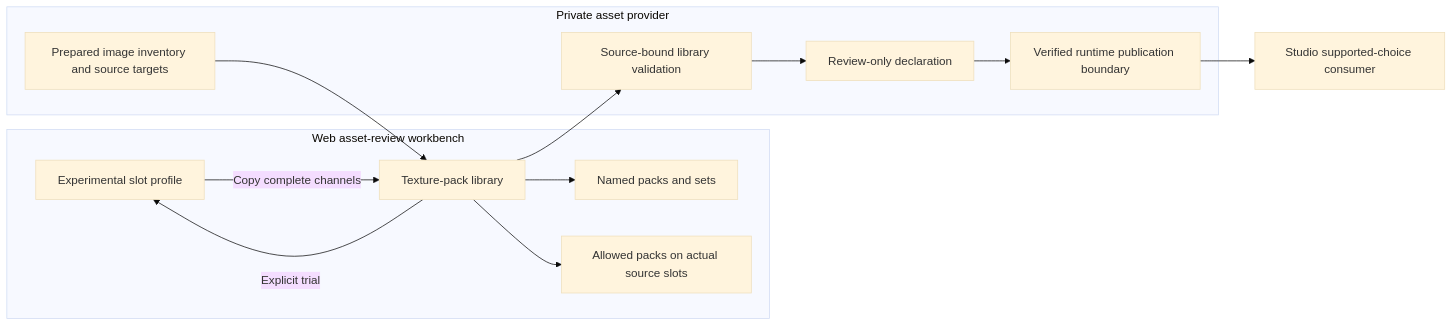
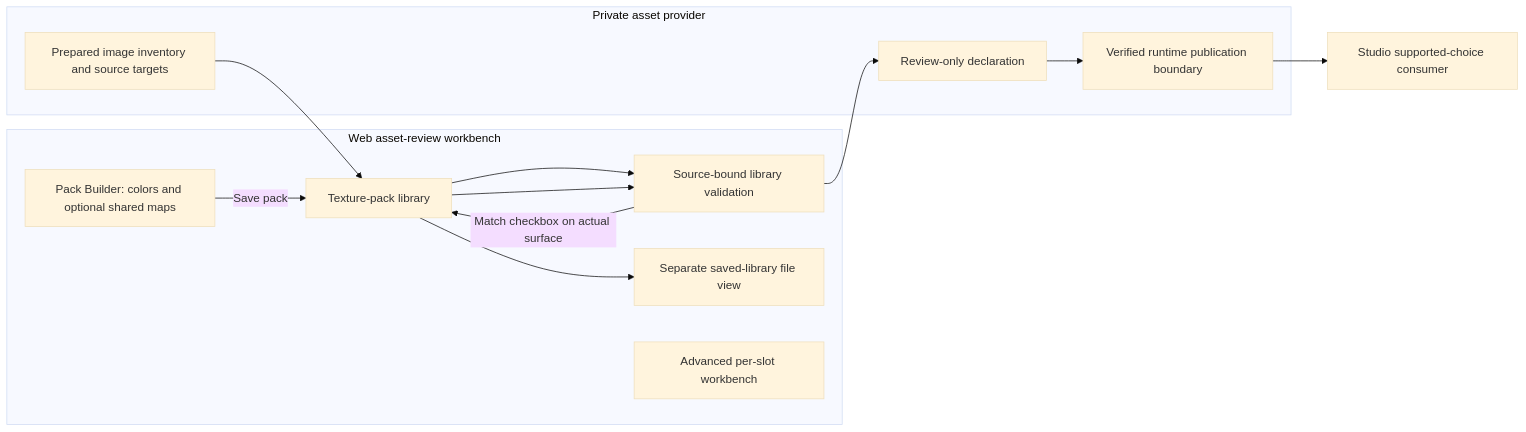
The diagram in ideas/assets/pack-material-profiles/library-design.md (KirkDiggler/rpg-project), drawn with Mermaid (base theme) before and after one commit. The commit also changed other lines of this file and 1 other file, not shown here.

Commit message:
docs(assets): separate pack building and asset matching views
— assets agent, on behalf of KirkDiggler

````diff
--- a/ideas/assets/pack-material-profiles/library-design.md
+++ b/ideas/assets/pack-material-profiles/library-design.md
@@ -5,16 +5,17 @@
 ```mermaid
 flowchart LR
   subgraph Web[Web asset-review workbench]
-    W[Experimental slot profile] -->|Copy complete channels| L[Texture-pack library]
-    L -->|Explicit trial| W
-    L --> P[Named packs and sets]
-    L --> A[Allowed packs on actual source slots]
+    B[Pack Builder: colors and optional shared maps] -->|Save pack| L[Texture-pack library]
+    L --> V[Asset Viewer: pack and choice preview]
+    V -->|Match checkbox on actual surface| L
+    L --> F[Separate saved-library file view]
+    W[Advanced per-slot workbench]
   end
   subgraph Assets[Private asset provider]
     I[Prepared image inventory and source targets] --> L
     L --> V[Source-bound library validation]
     V --> D[Review-only declaration]
     D --> R[Verified runtime publication boundary]
   end
   R --> S[Studio supported-choice consumer]
 ```
````
